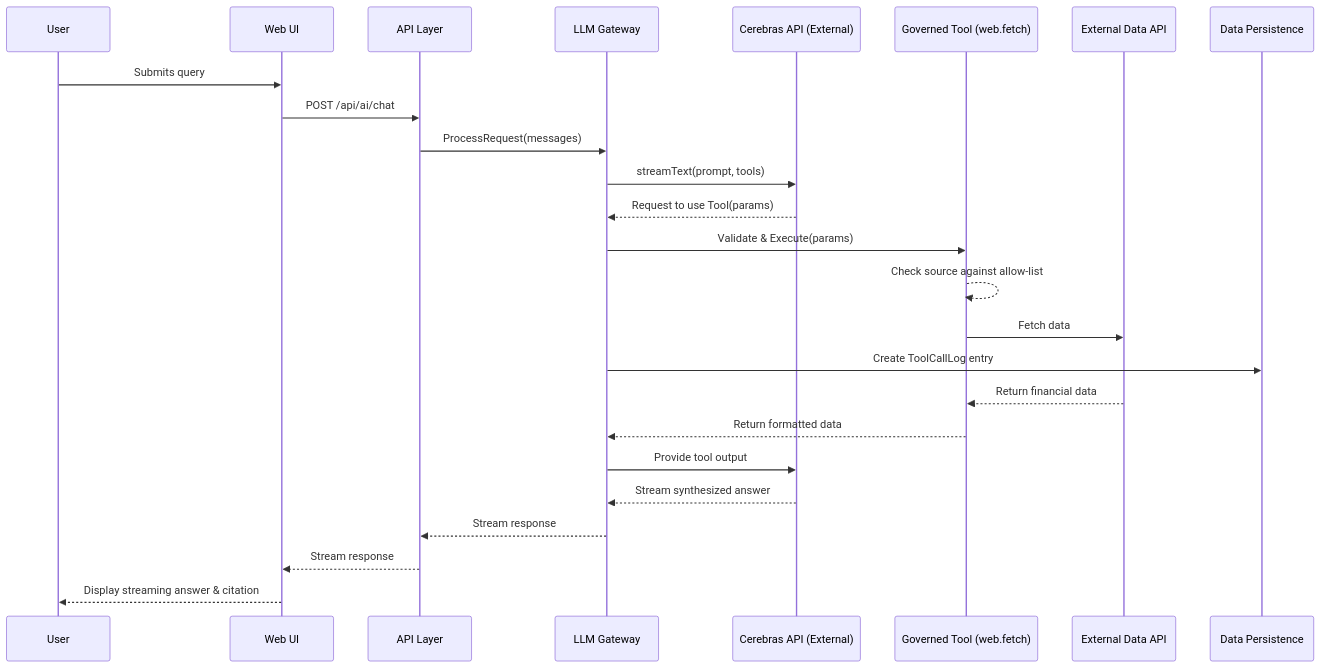
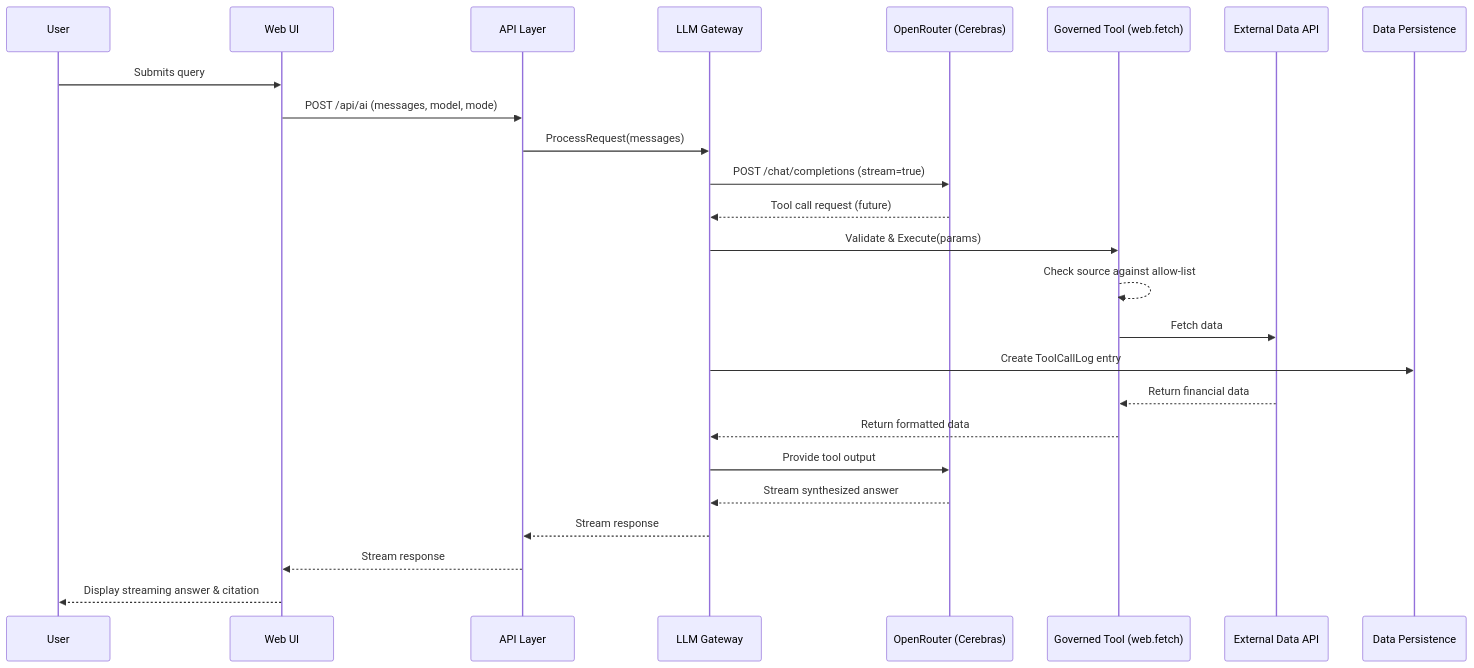
Before and after one commit to CadBane-ai/PriceControl-AI2: the sixth of 7 diagrams in docs/architecture/8-core-workflows.md, drawn with Mermaid. The commit also changed other lines of this file and 89 other files, not shown here.

````diff
--- a/docs/architecture/8-core-workflows.md
+++ b/docs/architecture/8-core-workflows.md
@@ -30,28 +150,28 @@
 ```mermaid
 sequenceDiagram
     participant User
     participant WebUI as Web UI
     participant APILayer as API Layer
     participant LLMGateway as LLM Gateway
-    participant Cerebras as Cerebras API (External)
+    participant OpenRouter as OpenRouter (Cerebras)
     participant Tool as Governed Tool (web.fetch)
     participant DataAPI as External Data API
     participant AuditLog as Data Persistence
 
     User->>WebUI: Submits query
-    WebUI->>APILayer: POST /api/ai/chat
+    WebUI->>APILayer: POST /api/ai (messages, model, mode)
     APILayer->>LLMGateway: ProcessRequest(messages)
-    LLMGateway->>Cerebras: streamText(prompt, tools)
-    Cerebras-->>LLMGateway: Request to use Tool(params)
+    LLMGateway->>OpenRouter: POST /chat/completions (stream=true)
+    OpenRouter-->>LLMGateway: Tool call request (future)
     LLMGateway->>Tool: Validate & Execute(params)
     Tool-->>Tool: Check source against allow-list
     Tool->>DataAPI: Fetch data
     LLMGateway->>AuditLog: Create ToolCallLog entry
     DataAPI-->>Tool: Return financial data
     Tool-->>LLMGateway: Return formatted data
-    LLMGateway->>Cerebras: Provide tool output
-    Cerebras-->>LLMGateway: Stream synthesized answer
+    LLMGateway->>OpenRouter: Provide tool output
+    OpenRouter-->>LLMGateway: Stream synthesized answer
     LLMGateway-->>APILayer: Stream response
     APILayer-->>WebUI: Stream response
     WebUI-->>User: Display streaming answer & citation
 ```
````
